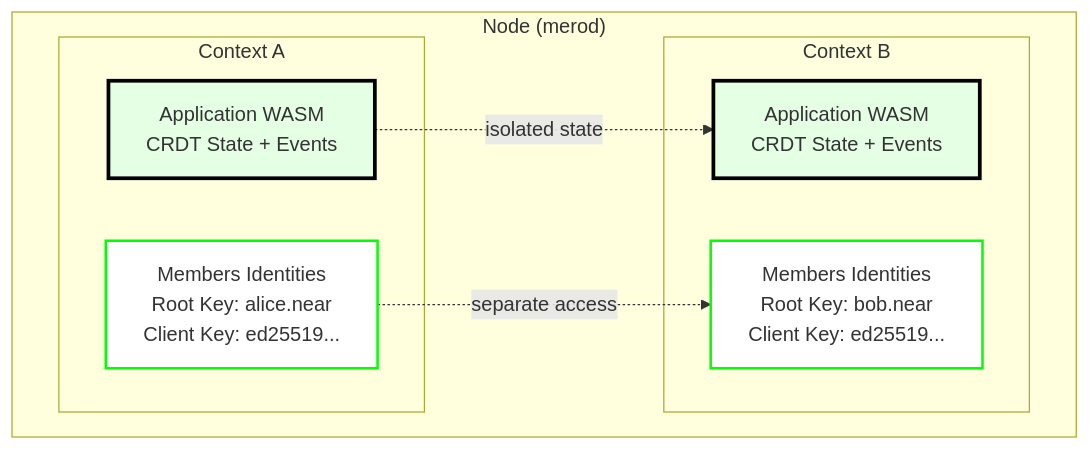
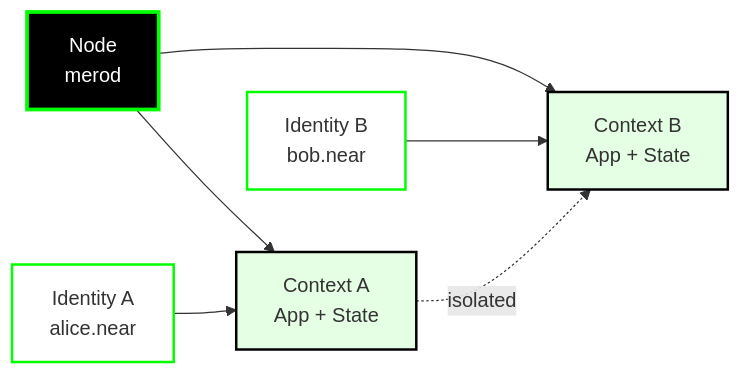
The diagram in docs/core-concepts/index.md (calimero-network/docs), drawn with Mermaid before and after one commit. The commit also changed 5 other files, not shown here.

First line of the commit message:
fix: Fix Mermaid graph syntax errors and improve readability

````diff
--- a/docs/core-concepts/index.md
+++ b/docs/core-concepts/index.md
@@ -92,21 +92,20 @@
 ```mermaid
-graph TB
-    subgraph "Node (merod)"
-        subgraph "Context A"
-            APP1[Application WASM<br/>CRDT State + Events]
-            MEMBERS1[Members Identities<br/>Root Key: alice.near<br/>Client Key: ed25519...]
-        end
-        subgraph "Context B"
-            APP2[Application WASM<br/>CRDT State + Events]
-            MEMBERS2[Members Identities<br/>Root Key: bob.near<br/>Client Key: ed25519...]
-        end
-    end
+flowchart LR
+    NODE[Node<br/>merod]
+    CTX1[Context A<br/>App + State]
+    CTX2[Context B<br/>App + State]
+    ID1[Identity A<br/>alice.near]
+    ID2[Identity B<br/>bob.near]
     
-    APP1 -.->|isolated state| APP2
-    MEMBERS1 -.->|separate access| MEMBERS2
+    NODE --> CTX1
+    NODE --> CTX2
+    ID1 --> CTX1
+    ID2 --> CTX2
+    CTX1 -.->|isolated| CTX2
     
-    style APP1 fill:#e5ffe5,stroke:#000000,stroke-width:3px
-    style APP2 fill:#e5ffe5,stroke:#000000,stroke-width:3px
-    style MEMBERS1 fill:#ffffff,stroke:#00ff00,stroke-width:2px
-    style MEMBERS2 fill:#ffffff,stroke:#00ff00,stroke-width:2px
+    style NODE fill:#000000,stroke:#00ff00,stroke-width:3px,color:#ffffff
+    style CTX1 fill:#e5ffe5,stroke:#000000,stroke-width:2px
+    style CTX2 fill:#e5ffe5,stroke:#000000,stroke-width:2px
+    style ID1 fill:#ffffff,stroke:#00ff00,stroke-width:2px
+    style ID2 fill:#ffffff,stroke:#00ff00,stroke-width:2px
 ```
````
